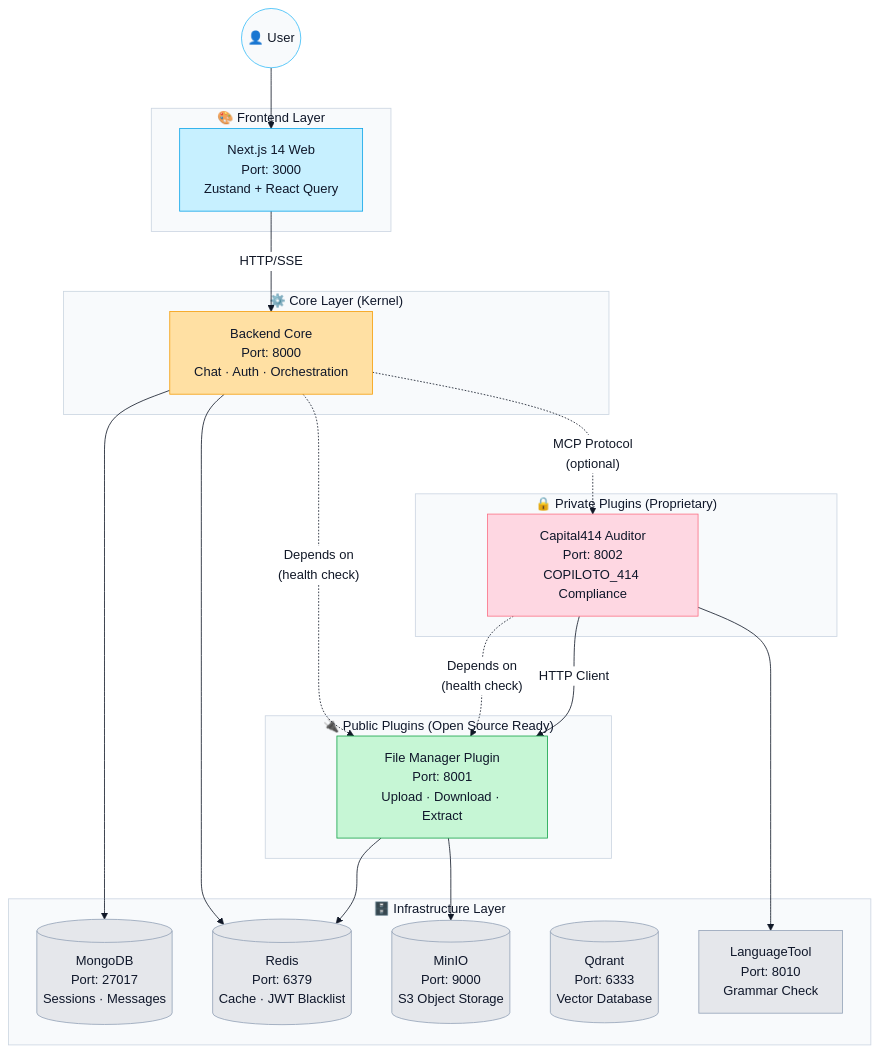
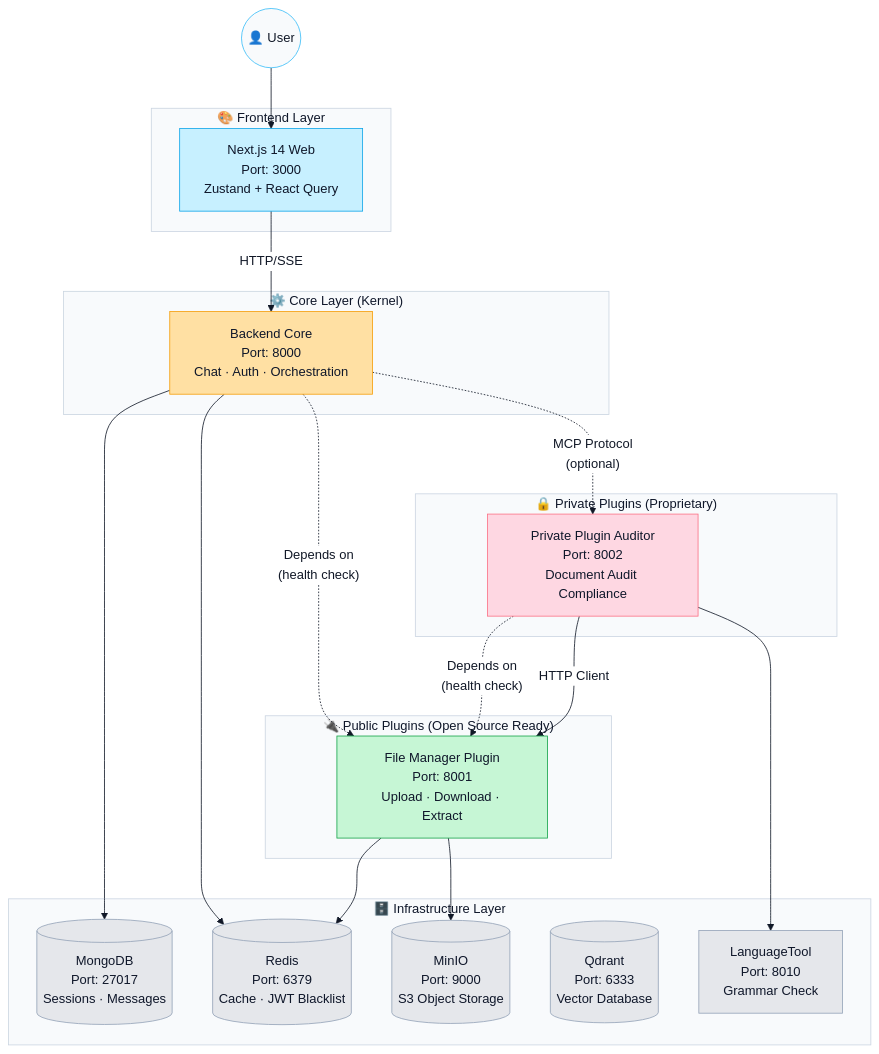
One commit to saptiva-ai/octavios-chat changed the first of 11 diagrams in README.md. Above: the diagram before and after it, drawn with Mermaid. The commit also changed other lines of this file, not shown here.

Commit message:
docs: replace capital414/COPILOTO_414 references with generic plugin-private naming

````diff
--- a/README.md
+++ b/README.md
@@ -88,60 +88,60 @@
 ```mermaid
 %%{init: {'theme': 'base', 'themeVariables': {'primaryColor': '#f8fafc','primaryBorderColor': '#38bdf8','primaryTextColor': '#111827','lineColor': '#111827','textColor': '#111827','secondaryColor': '#ffffff','secondaryBorderColor': '#cbd5e1','secondaryTextColor': '#0f172a','tertiaryColor': '#f8fafc','tertiaryBorderColor': '#cbd5e1','tertiaryTextColor': '#0f172a'}}}%%
 flowchart TB
     subgraph Frontend["🎨 Frontend Layer"]
         web["Next.js 14 Web<br/>Port: 3000<br/>Zustand + React Query"]:::frontend
     end
 
     subgraph Core["⚙️ Core Layer (Kernel)"]
         backend["Backend Core<br/>Port: 8000<br/>Chat · Auth · Orchestration"]:::core
     end
 
     subgraph PublicPlugins["🔌 Public Plugins (Open Source Ready)"]
         filemanager["File Manager Plugin<br/>Port: 8001<br/>Upload · Download · Extract"]:::plugin_public
     end
 
     subgraph PrivatePlugins["🔒 Private Plugins (Proprietary)"]
-        capital414["Capital414 Auditor<br/>Port: 8002<br/>COPILOTO_414 Compliance"]:::plugin_private
+        private_plugin["Private Plugin Auditor<br/>Port: 8002<br/>Document Audit Compliance"]:::plugin_private
     end
 
     subgraph Infrastructure["🗄️ Infrastructure Layer"]
         mongo[("MongoDB<br/>Port: 27017<br/>Sessions · Messages")]:::infra
         redis[("Redis<br/>Port: 6379<br/>Cache · JWT Blacklist")]:::infra
         minio[("MinIO<br/>Port: 9000<br/>S3 Object Storage")]:::infra
         qdrant[("Qdrant<br/>Port: 6333<br/>Vector Database")]:::infra
         languagetool["LanguageTool<br/>Port: 8010<br/>Grammar Check"]:::infra
     end
 
     %% User to Frontend
     user((👤 User)) --> web
 
     %% Frontend to Core
     web -->|"HTTP/SSE"| backend
 
     %% Core depends on Public Plugins
     backend -.->|"Depends on<br/>(health check)"| filemanager
 
     %% Private Plugins depend on Public Plugins
-    capital414 -.->|"Depends on<br/>(health check)"| filemanager
+    private_plugin -.->|"Depends on<br/>(health check)"| filemanager
 
     %% Backend to Infrastructure
     backend --> mongo
     backend --> redis
 
     %% File Manager to Infrastructure
     filemanager --> minio
     filemanager --> redis
 
-    %% Capital414 to Infrastructure
-    capital414 --> languagetool
-    capital414 -->|"HTTP Client"| filemanager
+    %% Private Plugin to Infrastructure
+    private_plugin --> languagetool
+    private_plugin -->|"HTTP Client"| filemanager
 
     %% Core to Private Plugins (optional MCP integration)
-    backend -.->|"MCP Protocol<br/>(optional)"| capital414
+    backend -.->|"MCP Protocol<br/>(optional)"| private_plugin
 
     classDef frontend fill:#c7f0ff,stroke:#0ea5e9,color:#0f172a
     classDef core fill:#ffe0a3,stroke:#f59e0b,color:#0f172a
     classDef plugin_public fill:#c6f6d5,stroke:#16a34a,color:#0f172a
     classDef plugin_private fill:#fed7e2,stroke:#fb7185,color:#0f172a
     classDef infra fill:#e5e7eb,stroke:#94a3b8,color:#0f172a
 ```
````
